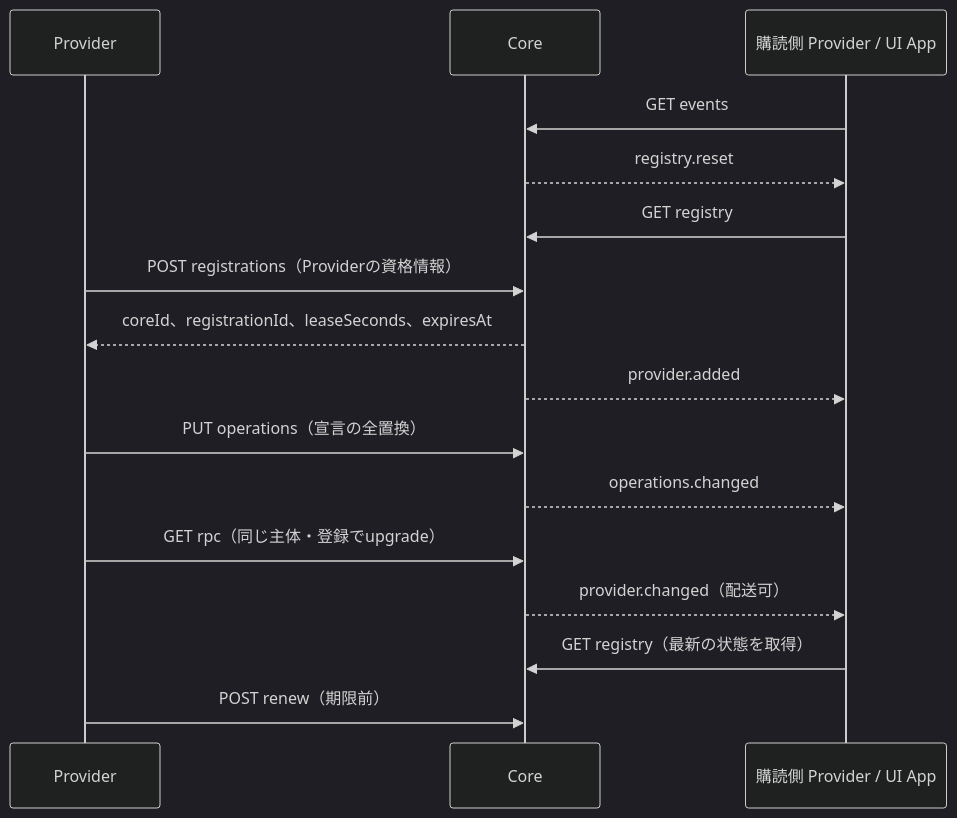
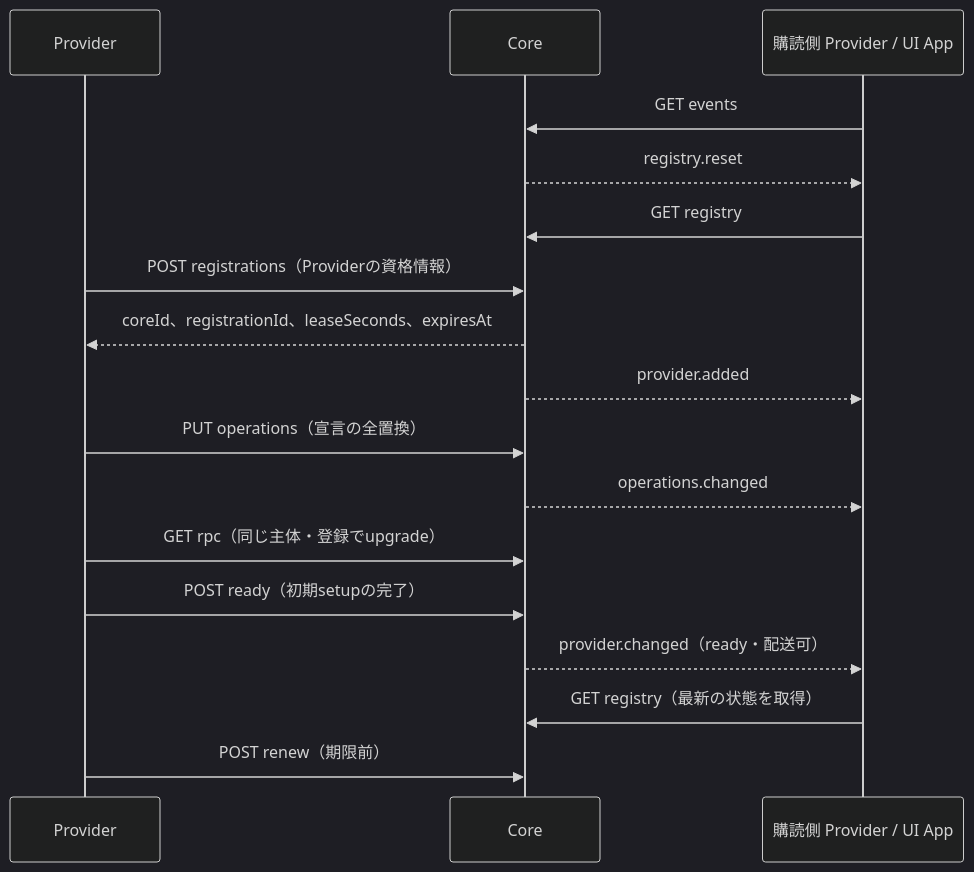
The first of 2 diagrams in docs/contracts/00004-plugin-client-protocol.md (naatin777/plugumi), drawn with Mermaid (dark theme) before and after one commit. The commit also changed other lines of this file, not shown here.

````diff
--- a/docs/contracts/00004-plugin-client-protocol.md
+++ b/docs/contracts/00004-plugin-client-protocol.md
@@ -138,18 +145,19 @@
 ```mermaid
 sequenceDiagram
     participant P as Provider
     participant C as Core
     participant S as 購読側 Provider / UI App
     S->>C: GET events
     C-->>S: registry.reset
     S->>C: GET registry
     P->>C: POST registrations（Providerの資格情報）
     C-->>P: coreId、registrationId、leaseSeconds、expiresAt
     C-->>S: provider.added
     P->>C: PUT operations（宣言の全置換）
     C-->>S: operations.changed
     P->>C: GET rpc（同じ主体・登録でupgrade）
-    C-->>S: provider.changed（配送可）
+    P->>C: POST ready（初期setupの完了）
+    C-->>S: provider.changed（ready・配送可）
     S->>C: GET registry（最新の状態を取得）
     P->>C: POST renew（期限前）
 ```
````
